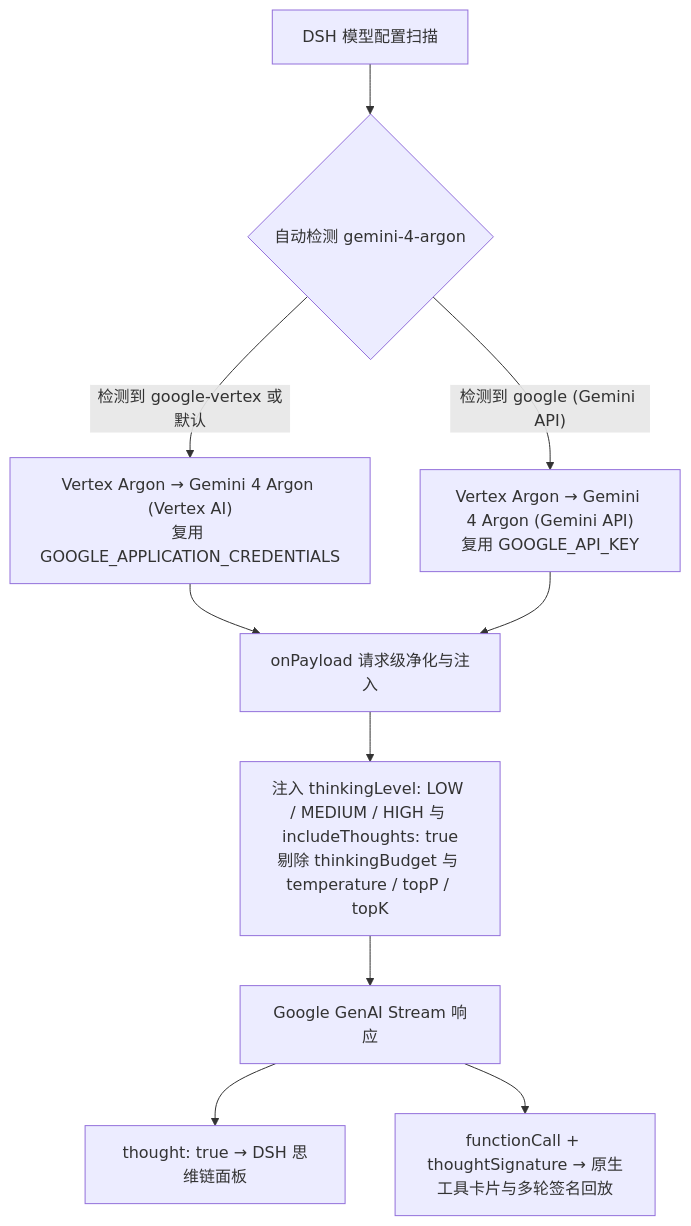
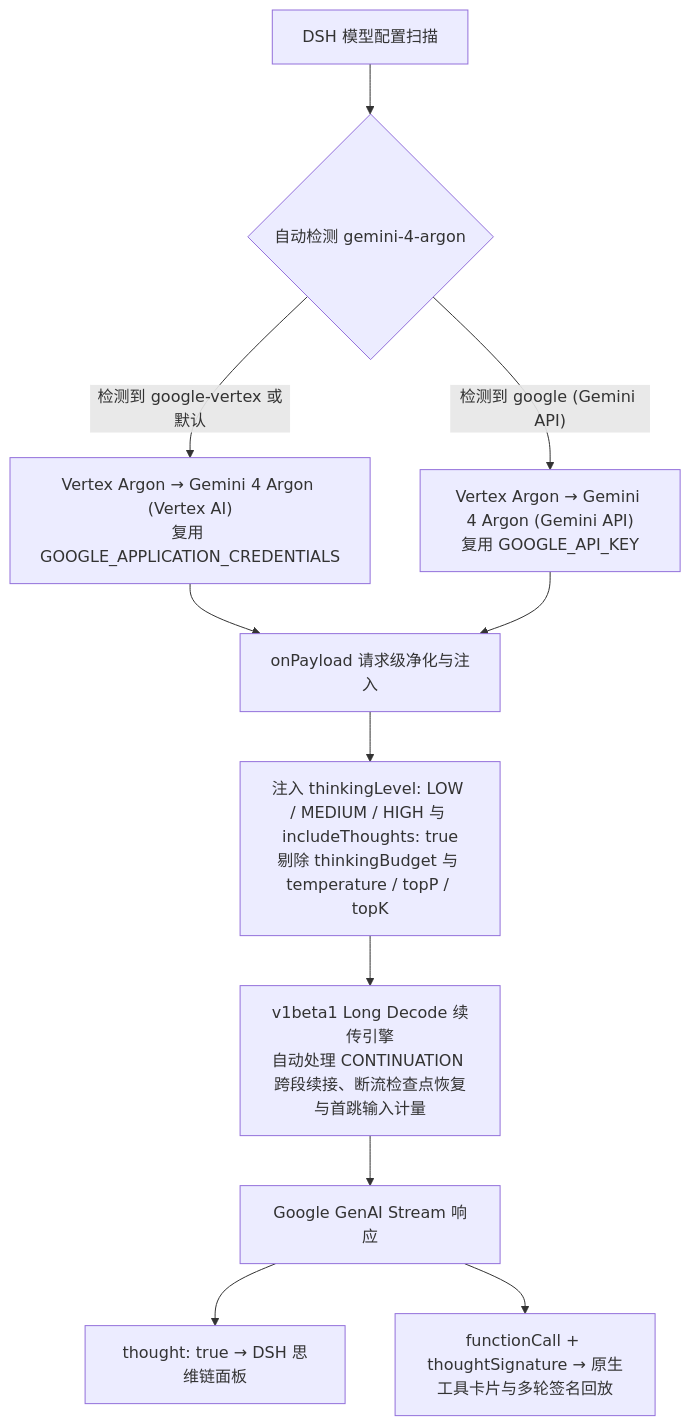
Before and after one commit to higekibaka/dsh-vertex-argon: the diagram in README.md, drawn with Mermaid. The commit also changed other lines of this file and 8 other files, not shown here.

Commit message:
feat(long-decode): support v1beta1 automatic continuation and first-hop usage accounting

````diff
--- a/README.md
+++ b/README.md
@@ -35,12 +36,13 @@
 ```mermaid
 flowchart TD
     U["DSH 模型配置扫描"] --> D{"自动检测 gemini-4-argon"}
     D -->|"检测到 google-vertex 或默认"| V["Vertex Argon → Gemini 4 Argon (Vertex AI)<br/>复用 GOOGLE_APPLICATION_CREDENTIALS"]
     D -->|"检测到 google (Gemini API)"| G["Vertex Argon → Gemini 4 Argon (Gemini API)<br/>复用 GOOGLE_API_KEY"]
     V --> P["onPayload 请求级净化与注入"]
     G --> P
     P --> T["注入 thinkingLevel: LOW / MEDIUM / HIGH 与 includeThoughts: true<br/>剔除 thinkingBudget 与 temperature / topP / topK"]
-    T --> S["Google GenAI Stream 响应"]
+    T --> L["v1beta1 Long Decode 续传引擎<br/>自动处理 CONTINUATION 跨段续接、断流检查点恢复与首跳输入计量"]
+    L --> S["Google GenAI Stream 响应"]
     S --> R1["thought: true → DSH 思维链面板"]
     S --> R2["functionCall + thoughtSignature → 原生工具卡片与多轮签名回放"]
 ```
````
